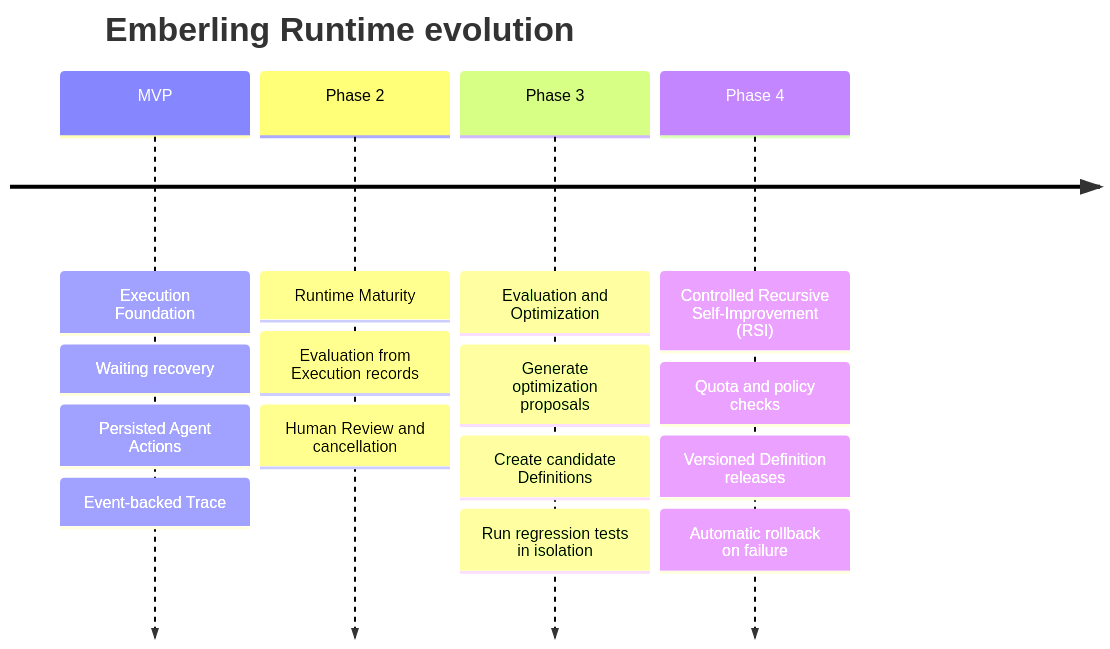
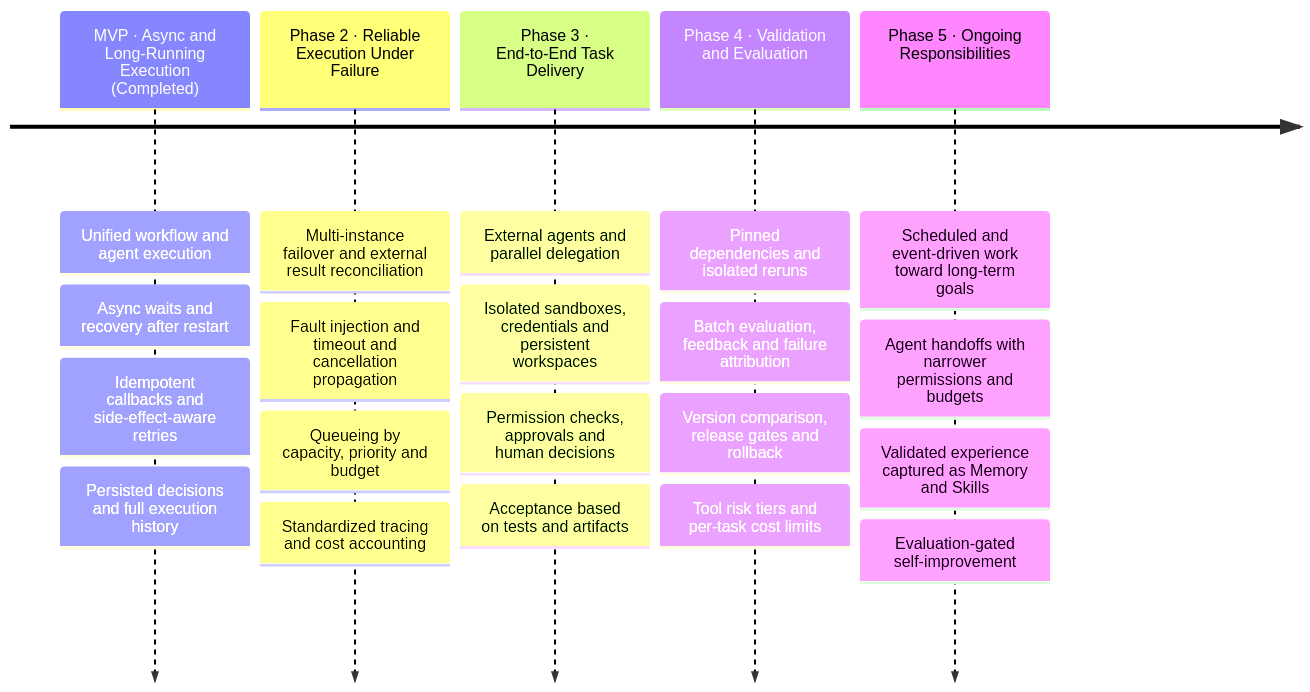
Before and after one commit to leungll/Emberling: the fourth of 4 diagrams in README.md, drawn with Mermaid. The commit also changed other lines of this file and 268 other files, not shown here.

````diff
--- a/README.md
+++ b/README.md
@@ -159,19 +157,23 @@
 ```mermaid
 timeline
-    title Emberling Runtime evolution
-    MVP : Execution Foundation
-        : Waiting recovery
-        : Persisted Agent Actions
-        : Event-backed Trace
-    Phase 2 : Runtime Maturity
-            : Evaluation from Execution records
-            : Human Review and cancellation
-    Phase 3 : Evaluation and Optimization
-            : Generate optimization proposals
-            : Create candidate Definitions
-            : Run regression tests in isolation
-    Phase 4 : Controlled Recursive Self-Improvement (RSI)
-            : Quota and policy checks
-            : Versioned Definition releases
-            : Automatic rollback on failure
+    MVP · Async and Long-Running Execution (Completed) : Unified workflow and agent execution
+                    : Async waits and recovery after restart
+                    : Idempotent callbacks and side-effect-aware retries
+                    : Persisted decisions and full execution history
+    Phase 2 · Reliable Execution Under Failure : Multi-instance failover and external result reconciliation
+            : Fault injection and timeout and cancellation propagation
+            : Queueing by capacity, priority and budget
+            : Standardized tracing and cost accounting
+    Phase 3 · End-to-End Task Delivery : External agents and parallel delegation
+            : Isolated sandboxes, credentials and persistent workspaces
+            : Permission checks, approvals and human decisions
+            : Acceptance based on tests and artifacts
+    Phase 4 · Validation and Evaluation : Pinned dependencies and isolated reruns
+            : Batch evaluation, feedback and failure attribution
+            : Version comparison, release gates and rollback
+            : Tool risk tiers and per-task cost limits
+    Phase 5 · Ongoing Responsibilities : Scheduled and event-driven work toward long-term goals
+            : Agent handoffs with narrower permissions and budgets
+            : Validated experience captured as Memory and Skills
+            : Evaluation-gated self-improvement
 ```
````
